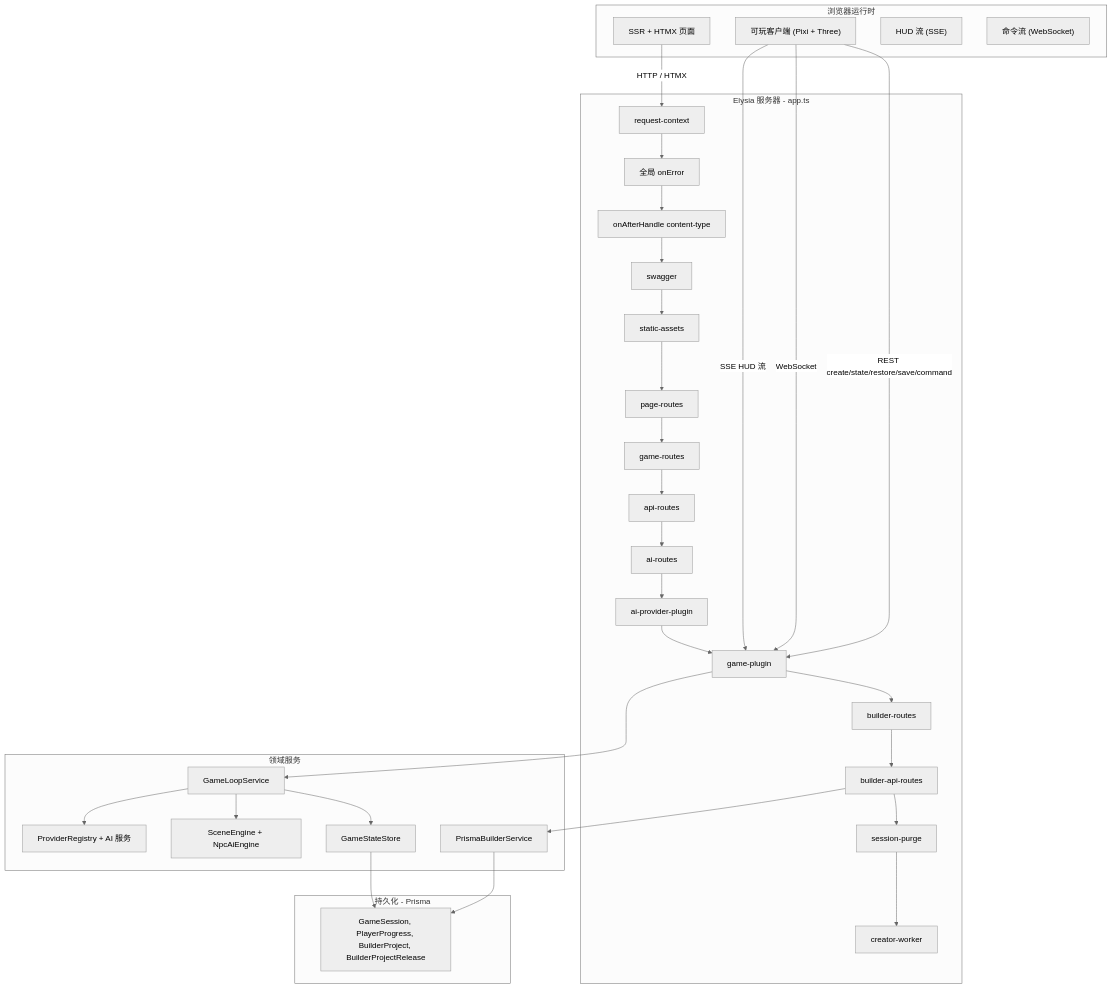
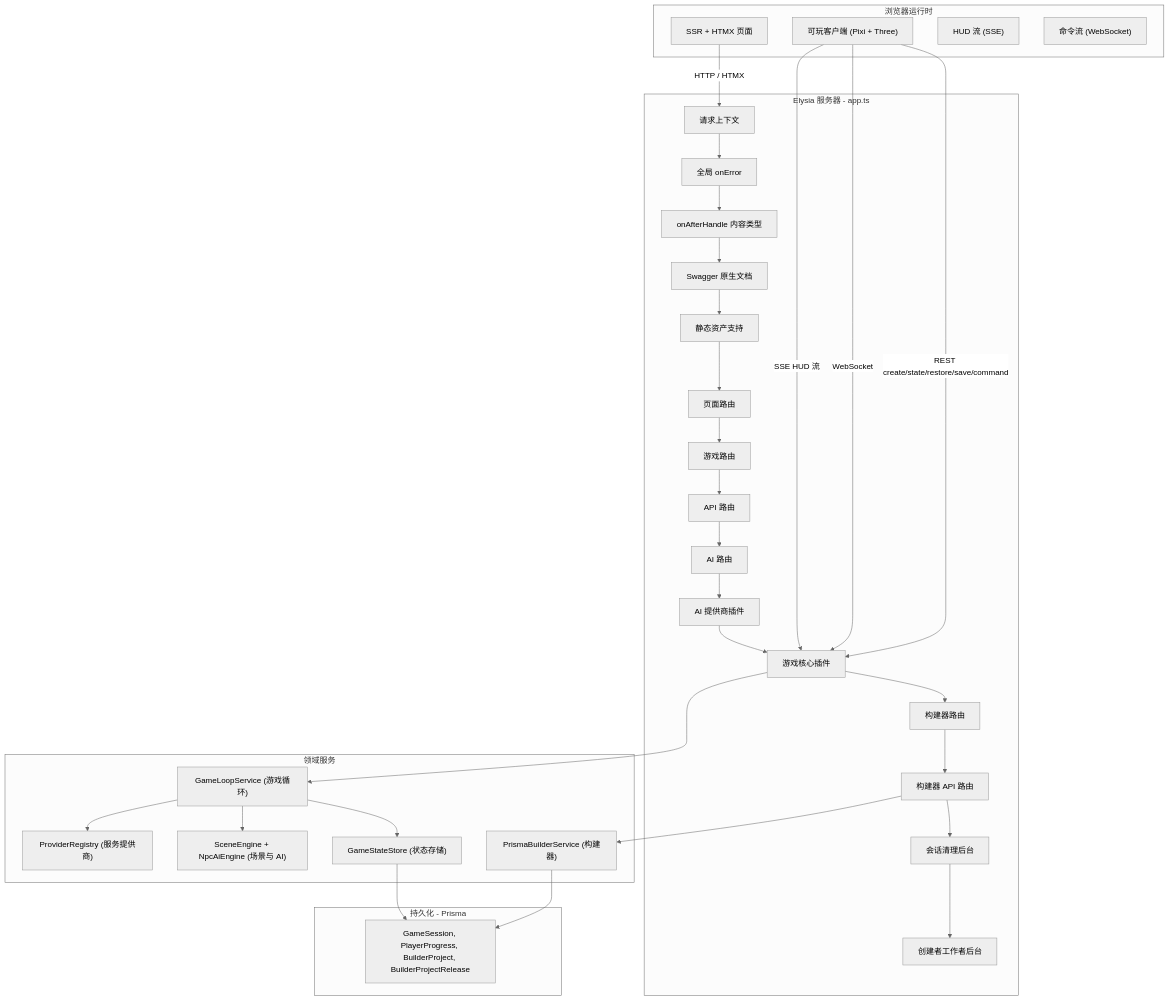
One commit to d4551/tea changed the eighth of 13 diagrams in README.md. Above: the diagram before and after it, drawn with Mermaid (neutral theme). The commit also changed other lines of this file, not shown here.

Commit message:
docs(i18n): translate remaining english boxes in chinese mermaid charts

````diff
--- a/README.md
+++ b/README.md
@@ -664,52 +664,52 @@
 ```mermaid
 graph TB
   subgraph Browser["浏览器运行时"]
     SSR["SSR + HTMX 页面"]
     CLIENT["可玩客户端 (Pixi + Three)"]
     SSEHUD["HUD 流 (SSE)"]
     WS["命令流 (WebSocket)"]
   end
 
   subgraph Elysia["Elysia 服务器 - app.ts"]
-    RC["request-context"]
+    RC["请求上下文"]
     EH["全局 onError"]
-    CT["onAfterHandle content-type"]
-    SW["swagger"]
-    SA["static-assets"]
-    PR["page-routes"]
-    GR["game-routes"]
-    AR["api-routes"]
-    AIR["ai-routes"]
-    AIP["ai-provider-plugin"]
-    GP["game-plugin"]
-    BR["builder-routes"]
-    BA["builder-api-routes"]
-    SP["session-purge"]
-    CW["creator-worker"]
+    CT["onAfterHandle 内容类型"]
+    SW["Swagger 原生文档"]
+    SA["静态资产支持"]
+    PR["页面路由"]
+    GR["游戏路由"]
+    AR["API 路由"]
+    AIR["AI 路由"]
+    AIP["AI 提供商插件"]
+    GP["游戏核心插件"]
+    BR["构建器路由"]
+    BA["构建器 API 路由"]
+    SP["会话清理后台"]
+    CW["创建者工作者后台"]
   end
 
   subgraph Domain["领域服务"]
-    LOOP["GameLoopService"]
-    STORE["GameStateStore"]
-    SCENE["SceneEngine + NpcAiEngine"]
-    BUILDER["PrismaBuilderService"]
-    AI["ProviderRegistry + AI 服务"]
+    LOOP["GameLoopService (游戏循环)"]
+    STORE["GameStateStore (状态存储)"]
+    SCENE["SceneEngine + NpcAiEngine (场景与 AI)"]
+    BUILDER["PrismaBuilderService (构建器)"]
+    AI["ProviderRegistry (服务提供商)"]
   end
 
   subgraph Storage["持久化 - Prisma"]
     DB["GameSession, PlayerProgress, BuilderProject, BuilderProjectRelease"]
   end
 
   SSR -->|HTTP / HTMX| RC
   CLIENT -->|REST create/state/restore/save/command| GP
   CLIENT -->|WebSocket| GP
   CLIENT -->|SSE HUD 流| GP
   RC --> EH --> CT --> SW --> SA --> PR --> GR --> AR --> AIR --> AIP --> GP --> BR --> BA --> SP --> CW
   GP --> LOOP
   LOOP --> STORE
   LOOP --> SCENE
   LOOP --> AI
   STORE --> DB
   BA --> BUILDER
   BUILDER --> DB
 ```
````
